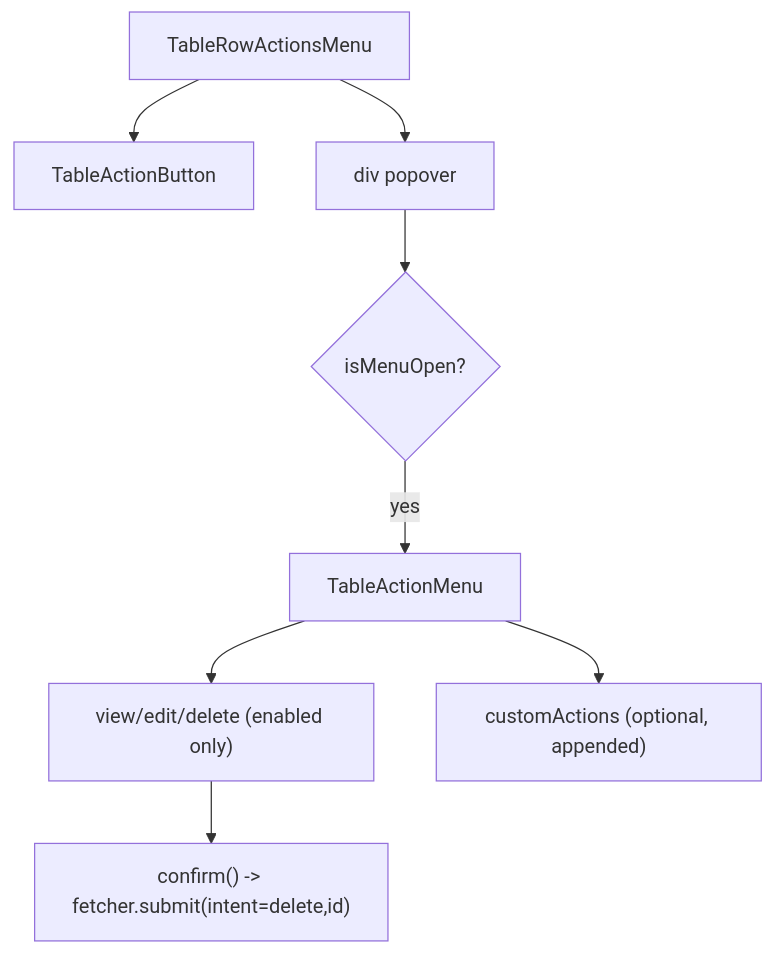
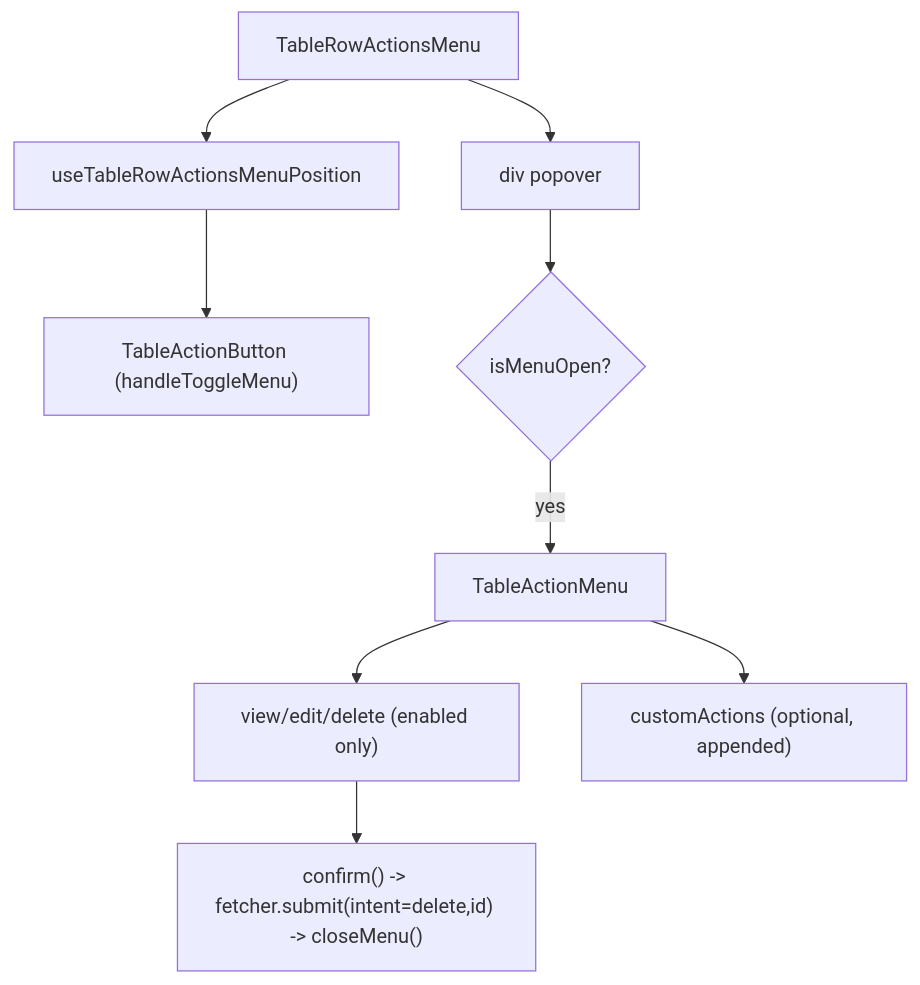
The diagram in packages/ui/src/components/Table/TableRowActionsMenu/ARCHITECTURE.md (luciocabrera/lcabrera-stack), drawn with Mermaid before and after one commit. The commit also changed other lines of this file and 15 other files, not shown here.

````diff
--- a/packages/ui/src/components/Table/TableRowActionsMenu/ARCHITECTURE.md
+++ b/packages/ui/src/components/Table/TableRowActionsMenu/ARCHITECTURE.md
@@ -35,10 +37,11 @@
 ```mermaid
 graph TD
-  Menu["TableRowActionsMenu"] --> Trigger["TableActionButton"]
+  Menu["TableRowActionsMenu"] --> Hook["useTableRowActionsMenuPosition"]
+  Hook --> Trigger["TableActionButton (handleToggleMenu)"]
   Menu --> Popover["div popover"]
   Popover --> OpenCheck{"isMenuOpen?"}
   OpenCheck -->|yes| ActionMenu["TableActionMenu"]
   ActionMenu --> BuiltIn["view/edit/delete (enabled only)"]
   ActionMenu --> Custom["customActions (optional, appended)"]
-  BuiltIn --> Delete["confirm() -> fetcher.submit(intent=delete,id)"]
+  BuiltIn --> Delete["confirm() -> fetcher.submit(intent=delete,id) -> closeMenu()"]
 ```
````
